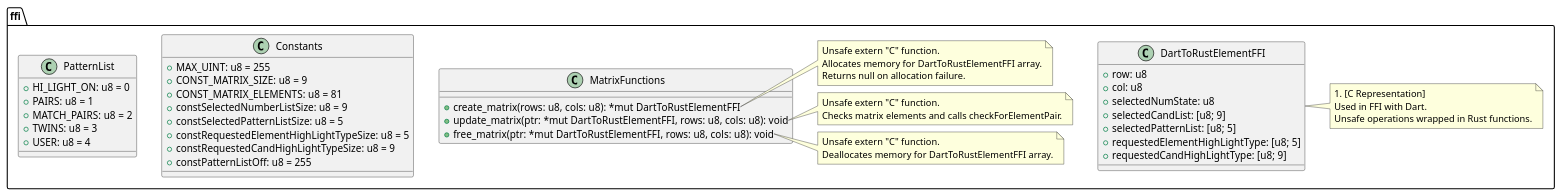
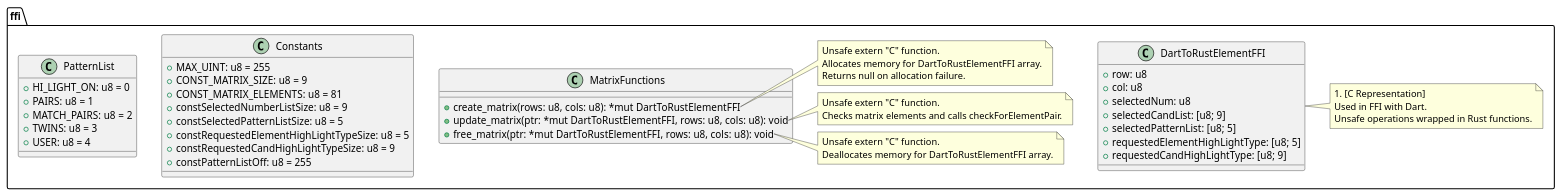
Before and after one commit to MirkoThulke/Dart_Flutter_Sudoku: the diagram in rust/rust_lib/src/ffi.puml, drawn with PlantUML. The commit also changed 32 other files, not shown here.

```diff
--- a/rust/rust_lib/src/ffi.puml
+++ b/rust/rust_lib/src/ffi.puml
@@ -1,68 +1,68 @@
 @startuml
 
 package ffi {
 
   ' FFI struct representing a matrix element
   class DartToRustElementFFI {
     +row: u8
     +col: u8
-    +selectedNumState: u8
+    +selectedNum: u8
     +selectedCandList: [u8; 9]
     +selectedPatternList: [u8; 5]
     +requestedElementHighLightType: [u8; 5]
     +requestedCandHighLightType: [u8; 9]
   }
 
   note right of DartToRustElementFFI
     #[C Representation]
     Used in FFI with Dart.
     Unsafe operations wrapped in Rust functions.
   end note
 
   ' Constants
   class Constants {
     +MAX_UINT: u8 = 255
     +CONST_MATRIX_SIZE: u8 = 9
     +CONST_MATRIX_ELEMENTS: u8 = 81
     +constSelectedNumberListSize: u8 = 9
     +constSelectedPatternListSize: u8 = 5
     +constRequestedElementHighLightTypeSize: u8 = 5
     +constRequestedCandHighLightTypeSize: u8 = 9
     +constPatternListOff: u8 = 255
   }
 
   ' PatternList enum-like constants
   class PatternList {
     +HI_LIGHT_ON: u8 = 0
     +PAIRS: u8 = 1
     +MATCH_PAIRS: u8 = 2
     +TWINS: u8 = 3
     +USER: u8 = 4
   }
 
   ' FFI functions
   class MatrixFunctions {
     +create_matrix(rows: u8, cols: u8): *mut DartToRustElementFFI
     +update_matrix(ptr: *mut DartToRustElementFFI, rows: u8, cols: u8): void
     +free_matrix(ptr: *mut DartToRustElementFFI, rows: u8, cols: u8): void
   }
 
   note right of MatrixFunctions::create_matrix
     Unsafe extern "C" function.
     Allocates memory for DartToRustElementFFI array.
     Returns null on allocation failure.
   end note
 
   note right of MatrixFunctions::update_matrix
     Unsafe extern "C" function.
     Checks matrix elements and calls checkForElementPair.
   end note
 
   note right of MatrixFunctions::free_matrix
     Unsafe extern "C" function.
     Deallocates memory for DartToRustElementFFI array.
   end note
 
 }
 
 @enduml
```
